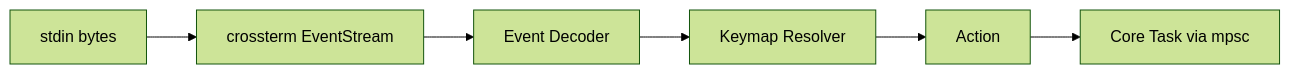
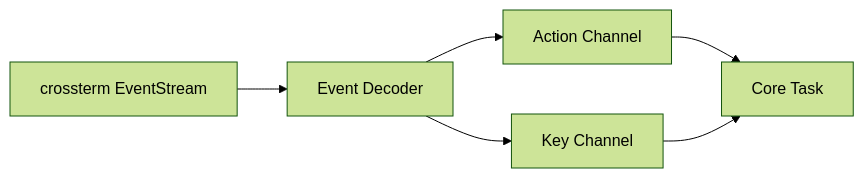
One commit to lkjsxc/kjxlkj changed the diagram in docs/spec/architecture/input-decoding.md. Above: the diagram before and after it, drawn with Mermaid (forest theme). The commit also changed other lines of this file and 323 other files, not shown here.

````diff
--- a/docs/spec/architecture/input-decoding.md
+++ b/docs/spec/architecture/input-decoding.md
@@ -9,8 +9,8 @@
 ```mermaid
 graph LR
-  TTY[stdin bytes] --> CR[crossterm EventStream]
-  CR --> DECODE[Event Decoder]
-  DECODE --> MAP[Keymap Resolver]
-  MAP --> ACT[Action]
-  ACT --> CORE[Core Task via mpsc]
+  EVT[crossterm EventStream] --> DEC[Event Decoder]
+  DEC --> ACT[Action Channel]
+  DEC --> KEY[Key Channel]
+  ACT --> CORE[Core Task]
+  KEY --> CORE
 ```
````
